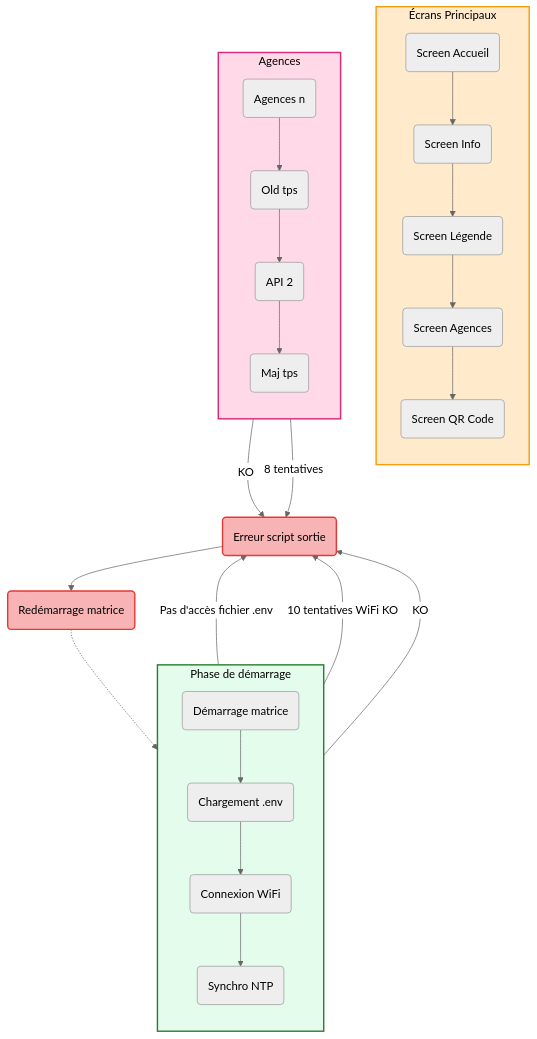
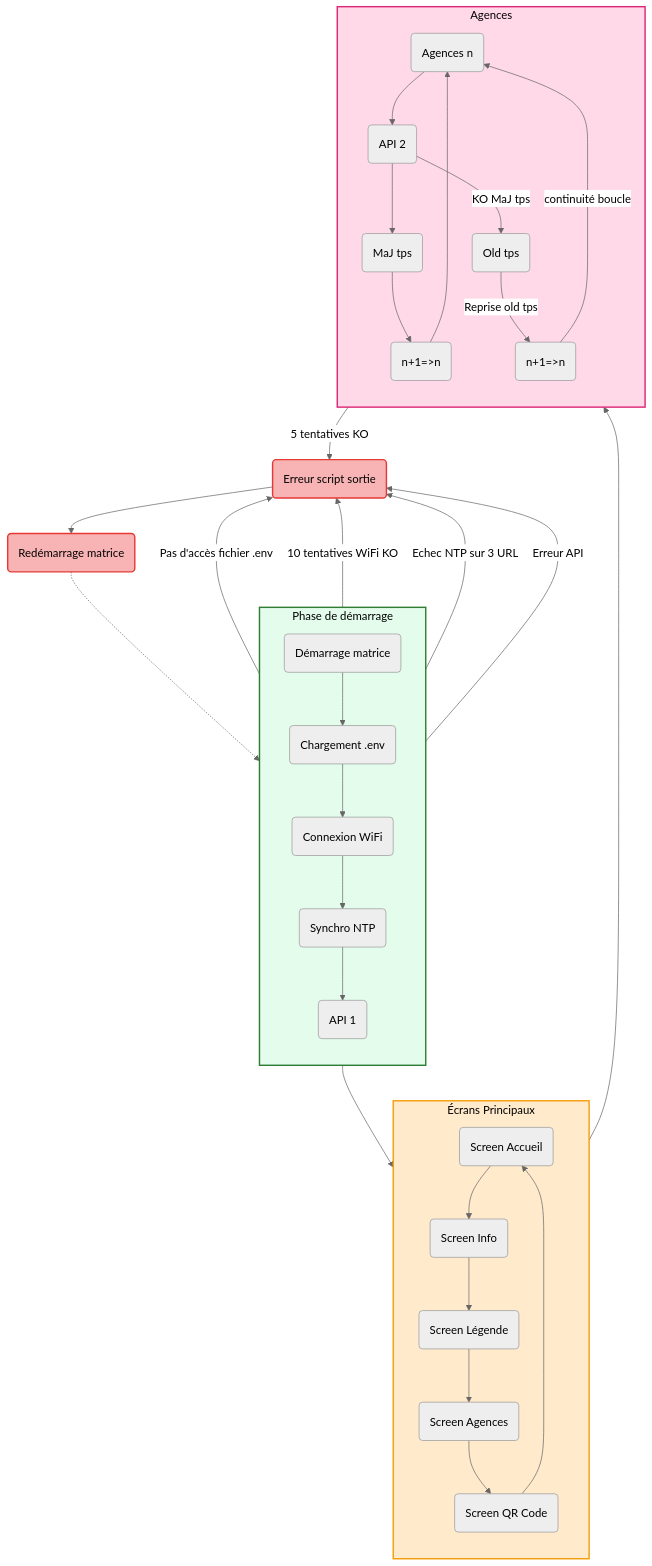
Before and after one commit to adriens/temps-attente-matrix-led: the diagram in SCRIPT-PLAN.md, drawn with Mermaid.

```diff
--- a/SCRIPT-PLAN.md
+++ b/SCRIPT-PLAN.md
@@ -16,17 +16,20 @@
     D2(Chargement .env)
     D3(Connexion WiFi)
     D4(Synchro NTP)
+    D5(API 1)
     
     D1 --> D2
     D2 --> D3
     D3 --> D4
+    D4 --> D5
 end
 class S1 green
 
 %% Liaisons d'erreur possibles
 D2 -- "Pas d'accès fichier .env" --> E1(Erreur script<br>Sortie)
 D3 -- "10 tentatives WiFi KO" --> E1
-D4 -- "KO" --> E1
+D4 -- "Echec NTP sur 3 URL" --> E1
+D5 -- "Erreur API" --> E1
 
 %% --- 2) Sous-graphe des écrans principaux ---
 subgraph S2[Écrans Principaux]
@@ -37,10 +40,12 @@
     SC4(Screen Agences)
     SC5(Screen QR Code)
     
+    D5  --> SC1
     SC1 --> SC2
     SC2 --> SC3
     SC3 --> SC4
     SC4 --> SC5
+    SC5 --> SC1
 end
 class S2 orange
 
@@ -48,19 +53,25 @@
 subgraph S3[Agences]
 direction TB
     A1(Agences n)
-    A2(Old tps)
-    A3(API 2)
-    A4(Maj tps)
-    
+    A2(API 2)
+    A3(MaJ tps)
+    A4(Old tps)
+    A5(n+1=>n)
+    A6(n+1=>n)
+
+    SC4 --> A1
     A1 --> A2
     A2 --> A3
-    A3 --> A4
+    A3 --> A5
+    A5 --> A1
 end
 class S3 pink
 
 %% Erreurs lors de l'appel ou de la mise à jour
-A3 -- "KO" --> E1
-A4 -- "8 tentatives" --> E1
+A2 -- "KO MaJ tps" --> A4 
+A4 --"Reprise old tps" --> A6 
+A6 -- "continuité boucle" --> A1 
+A2 -- "5 tentatives KO" --> E1
 
 %% Noeud d'erreur global
 E1(Erreur script sortie)
```
